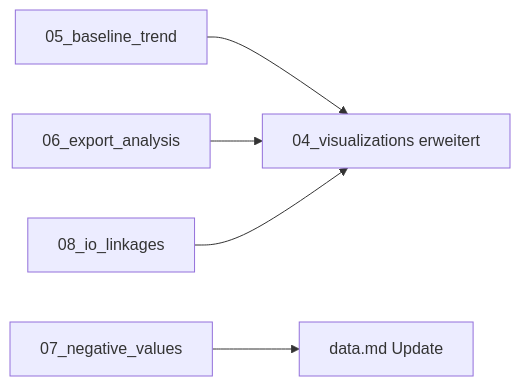
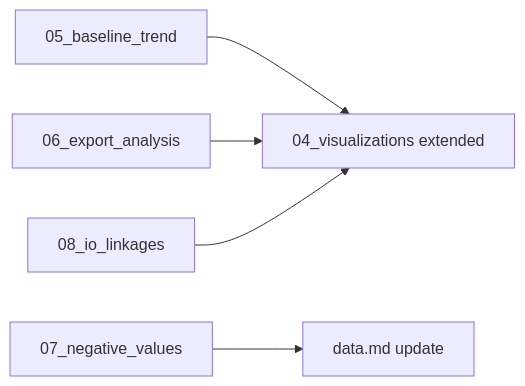
The diagram in knowledge/exploration_plan.md (chpollin/wiiw-figaro-nam-demo), drawn with Mermaid before and after one commit. The commit also changed other lines of this file and 28 other files, not shown here.

````diff
--- a/knowledge/exploration_plan.md
+++ b/knowledge/exploration_plan.md
@@ -149,7 +149,7 @@
 ```mermaid
 graph LR
-    05[05_baseline_trend] --> 04ext[04_visualizations erweitert]
+    05[05_baseline_trend] --> 04ext[04_visualizations extended]
     06[06_export_analysis] --> 04ext
-    07[07_negative_values] --> data[data.md Update]
+    07[07_negative_values] --> data[data.md update]
     08[08_io_linkages] --> 04ext
 ```
````
